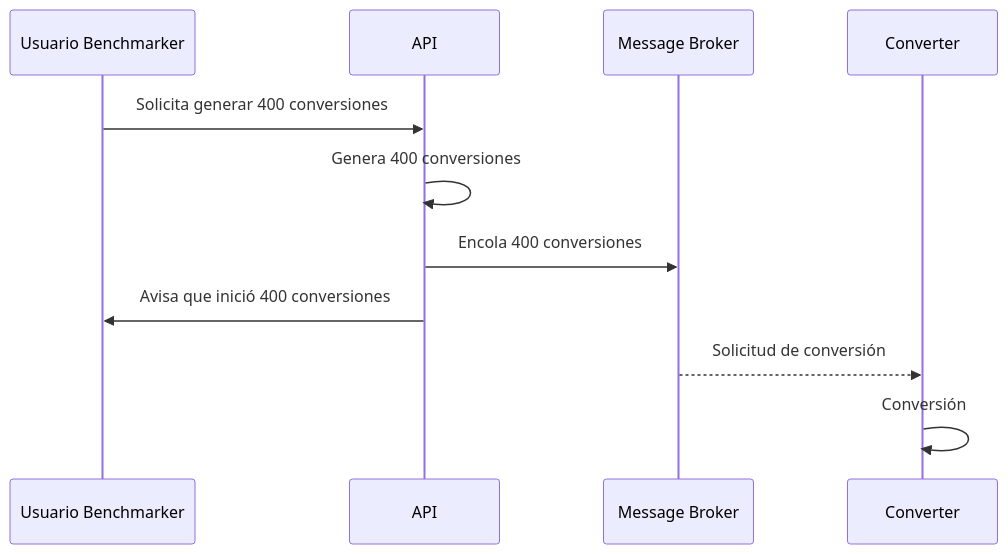
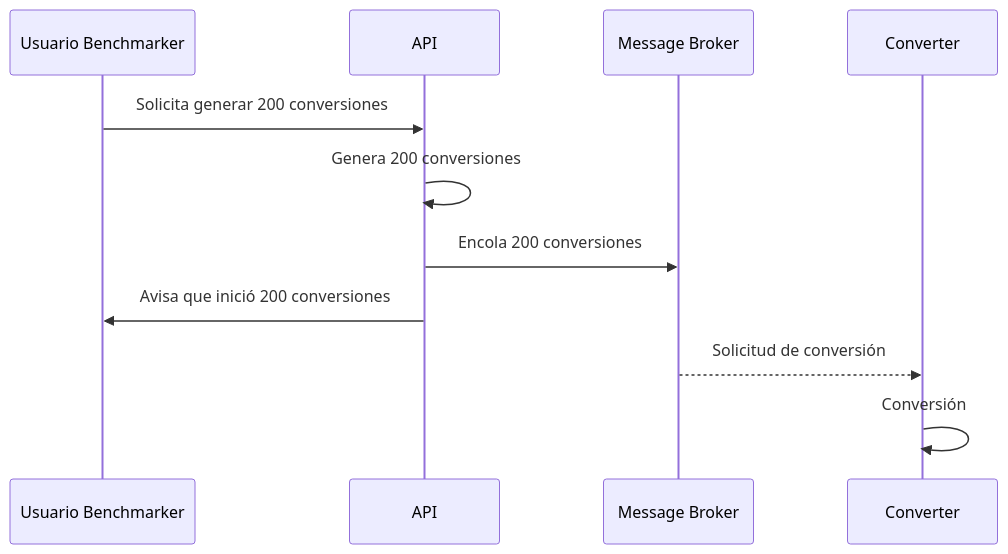
Before and after one commit to muniter/uni_cloud_convert: the fourth of 4 diagrams in README.md, drawn with Mermaid. The commit also changed other lines of this file, not shown here.

````diff
--- a/README.md
+++ b/README.md
@@ -421,14 +436,14 @@
 ```mermaid
 sequenceDiagram
   participant ben as Usuario Benchmarker
   participant api as API
   participant mb as Message Broker
   participant co as Converter
 
-  ben->>api: Solicita generar 400 conversiones
-  api->>api: Genera 400 conversiones
-  api->>mb: Encola 400 conversiones
-  api->>ben: Avisa que inició 400 conversiones
+  ben->>api: Solicita generar 200 conversiones
+  api->>api: Genera 200 conversiones
+  api->>mb: Encola 200 conversiones
+  api->>ben: Avisa que inició 200 conversiones
   mb-->>co: Solicitud de conversión
   co->>co: Conversión
 ```
````
